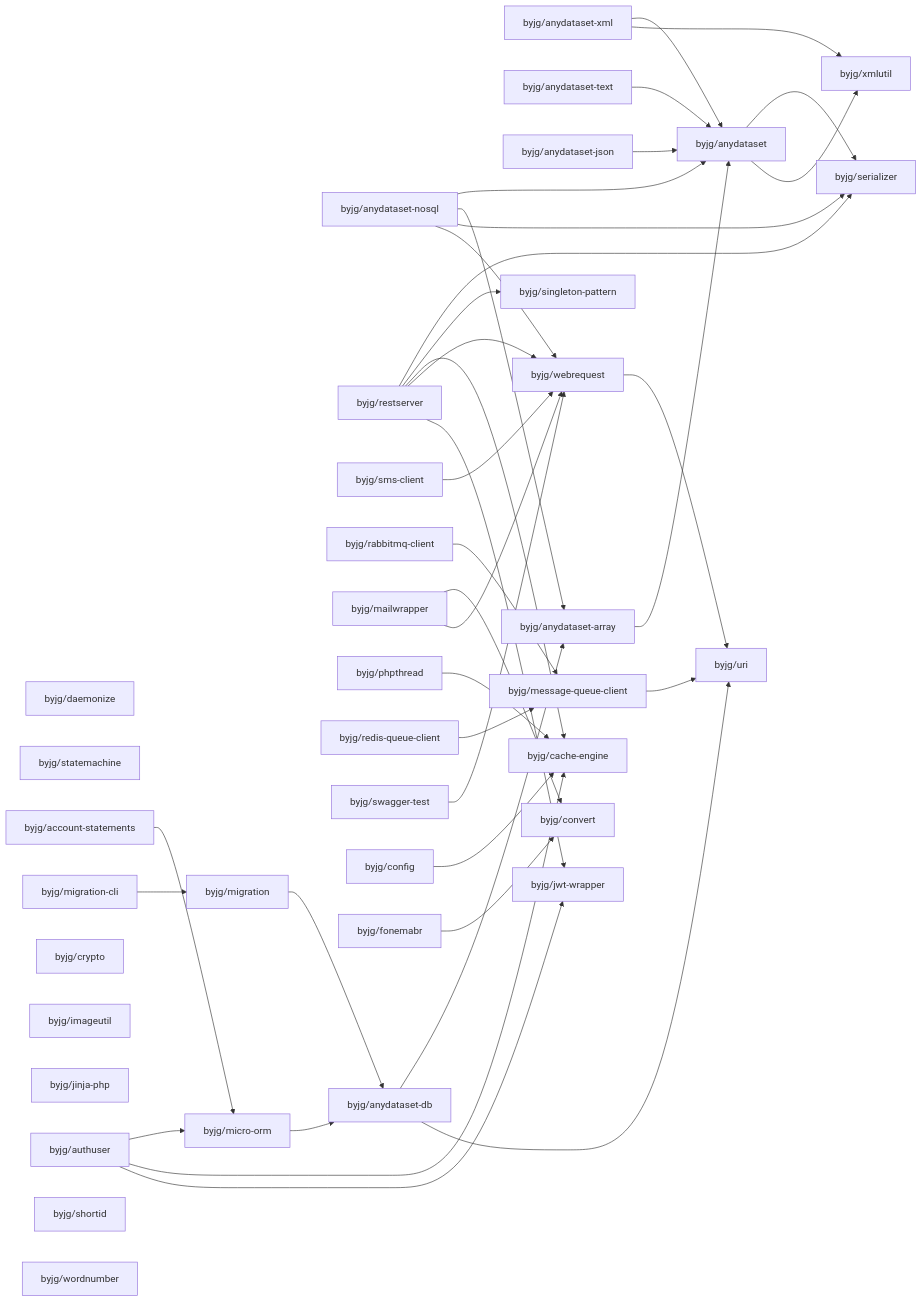
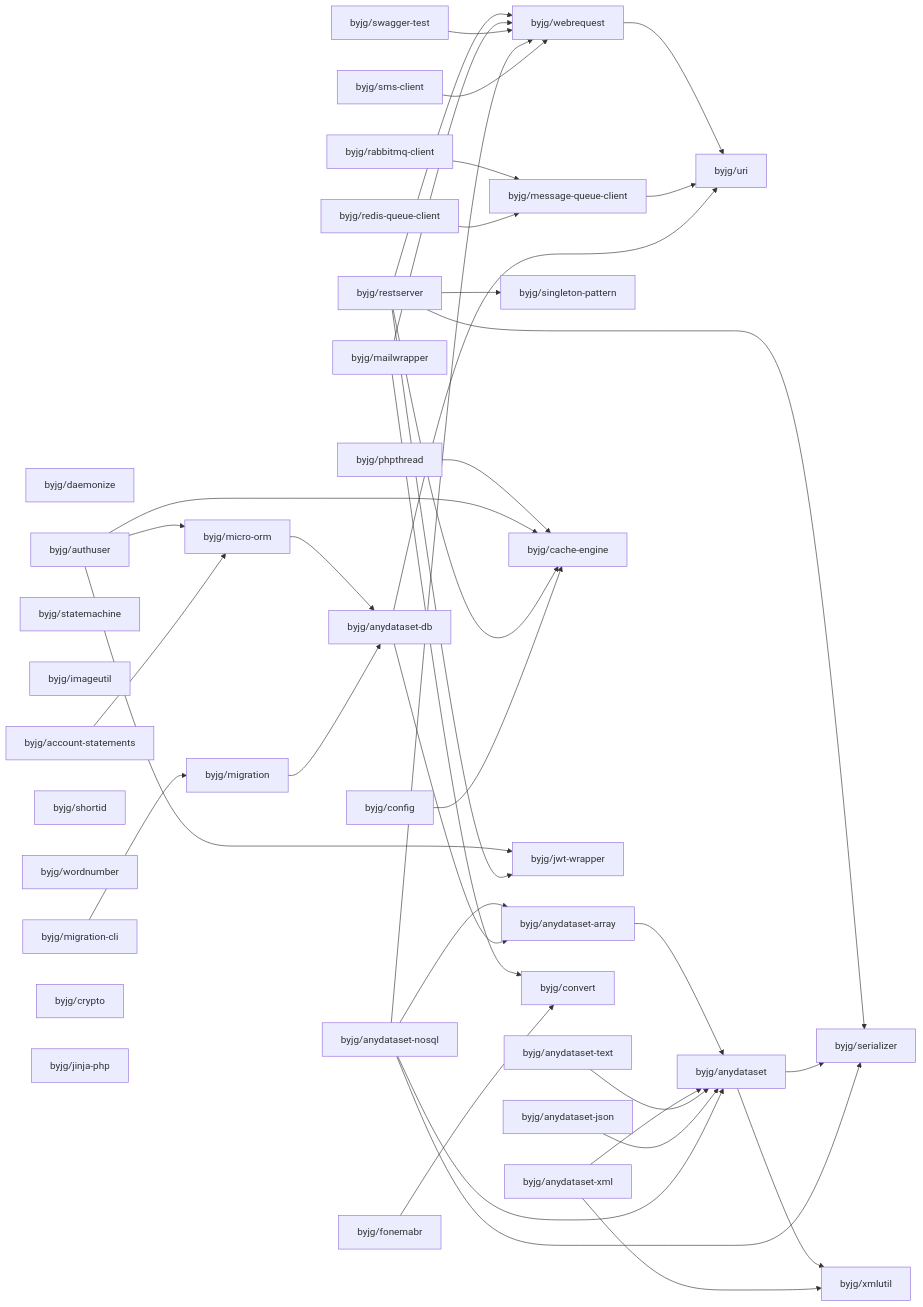
One commit to byjg/byjg.github.io changed the diagram in docs/php/README.md. Above: the diagram before and after it, drawn with Mermaid. The commit also changed other lines of this file, not shown here.

Commit message:
Update documentation 'php' 'php-uri'

````diff
--- a/docs/php/README.md
+++ b/docs/php/README.md
@@ -3,76 +3,76 @@
 ```mermaid
 graph LR;
+  byjg/daemonize;
+  byjg/restserver;
+  byjg/anydataset-text;
+  byjg/mailwrapper;
   byjg/anydataset-xml;
+  byjg/redis-queue-client;
+  byjg/account-statements;
+  byjg/swagger-test;
+  byjg/statemachine;
+  byjg/imageutil;
+  byjg/config;
+  byjg/sms-client;
+  byjg/migration-cli;
   byjg/anydataset-nosql;
-  byjg/daemonize;
-  byjg/statemachine;
-  byjg/restserver;
-  byjg/sms-client;
-  byjg/rabbitmq-client;
-  byjg/mailwrapper;
   byjg/phpthread;
-  byjg/account-statements;
-  byjg/redis-queue-client;
-  byjg/migration-cli;
-  byjg/crypto;
-  byjg/swagger-test;
-  byjg/config;
-  byjg/anydataset-text;
-  byjg/imageutil;
-  byjg/jinja-php;
-  byjg/authuser;
   byjg/shortid;
   byjg/wordnumber;
+  byjg/authuser;
+  byjg/crypto;
+  byjg/rabbitmq-client;
+  byjg/fonemabr;
   byjg/anydataset-json;
-  byjg/fonemabr;
+  byjg/jinja-php;
   byjg/singleton-pattern;
-  byjg/message-queue-client;
   byjg/migration;
   byjg/webrequest;
   byjg/micro-orm;
   byjg/cache-engine;
   byjg/jwt-wrapper;
+  byjg/message-queue-client;
   byjg/convert;
   byjg/anydataset-db;
   byjg/anydataset-array;
   byjg/uri;
   byjg/anydataset;
   byjg/serializer;
   byjg/xmlutil;
   byjg/phpthread --> byjg/cache-engine;
   byjg/micro-orm --> byjg/anydataset-db;
   byjg/authuser --> byjg/micro-orm;
   byjg/authuser --> byjg/cache-engine;
   byjg/authuser --> byjg/jwt-wrapper;
   byjg/anydataset-array --> byjg/anydataset;
   byjg/restserver --> byjg/serializer;
   byjg/restserver --> byjg/singleton-pattern;
   byjg/restserver --> byjg/cache-engine;
   byjg/restserver --> byjg/webrequest;
   byjg/restserver --> byjg/jwt-wrapper;
   byjg/mailwrapper --> byjg/convert;
   byjg/mailwrapper --> byjg/webrequest;
   byjg/swagger-test --> byjg/webrequest;
   byjg/migration --> byjg/anydataset-db;
   byjg/account-statements --> byjg/micro-orm;
   byjg/anydataset --> byjg/serializer;
   byjg/anydataset --> byjg/xmlutil;
   byjg/fonemabr --> byjg/convert;
   byjg/anydataset-xml --> byjg/anydataset;
   byjg/anydataset-xml --> byjg/xmlutil;
   byjg/webrequest --> byjg/uri;
   byjg/config --> byjg/cache-engine;
   byjg/migration-cli --> byjg/migration;
   byjg/anydataset-text --> byjg/anydataset;
   byjg/message-queue-client --> byjg/uri;
   byjg/anydataset-json --> byjg/anydataset;
   byjg/anydataset-nosql --> byjg/anydataset;
   byjg/anydataset-nosql --> byjg/anydataset-array;
   byjg/anydataset-nosql --> byjg/serializer;
   byjg/anydataset-nosql --> byjg/webrequest;
   byjg/anydataset-db --> byjg/anydataset-array;
   byjg/anydataset-db --> byjg/uri;
   byjg/rabbitmq-client --> byjg/message-queue-client;
   byjg/redis-queue-client --> byjg/message-queue-client;
   byjg/sms-client --> byjg/webrequest;
 ```
````
